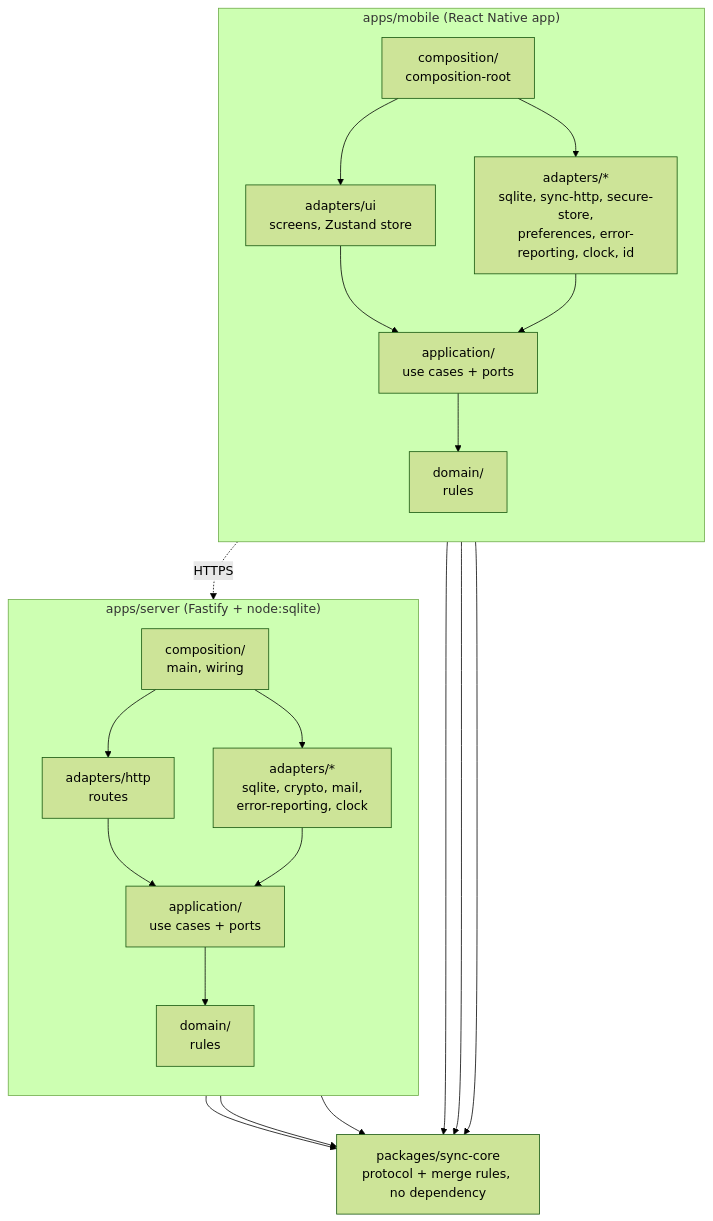
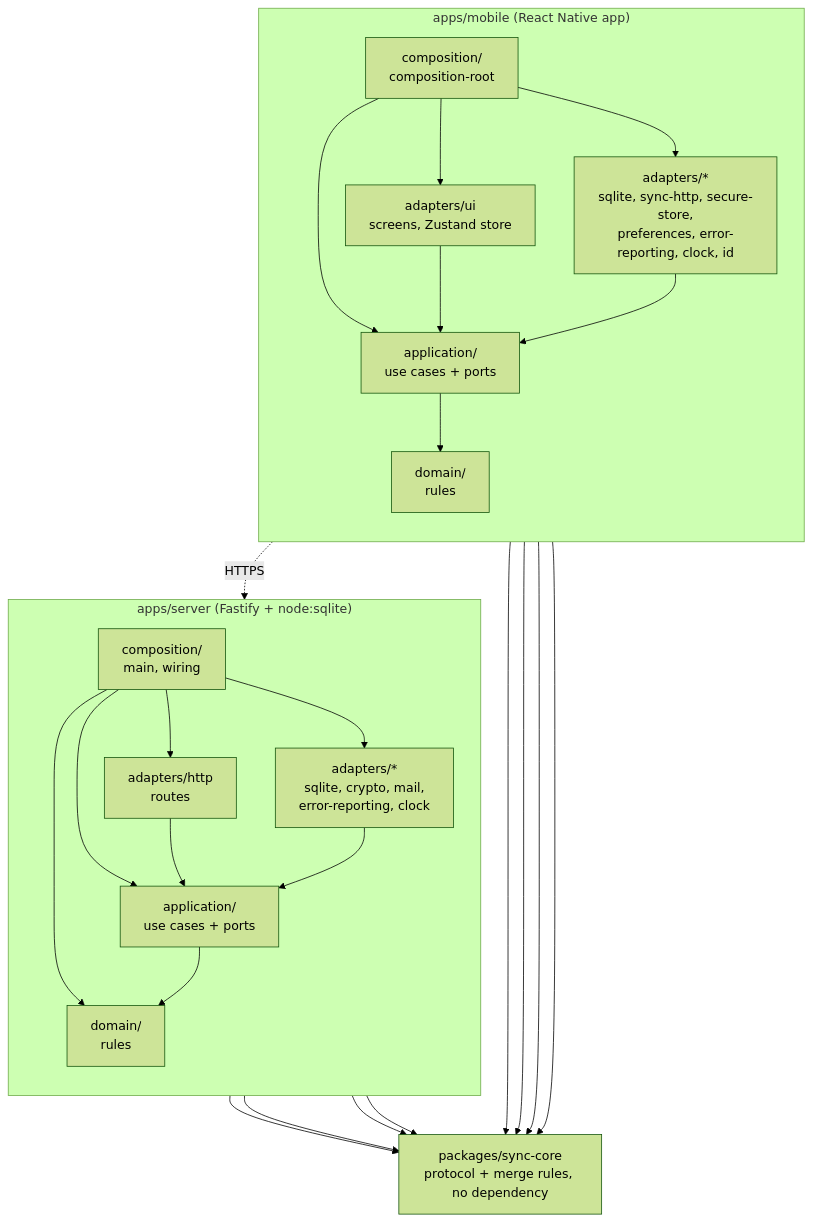
The diagram in docs/architecture.md (glimberger/mes-courses), drawn with Mermaid (forest theme) before and after one commit. The commit also changed other lines of this file, not shown here.

Commit message:
docs: add the missing import edges to the architecture diagram

````diff
--- a/docs/architecture.md
+++ b/docs/architecture.md
@@ -13,39 +13,44 @@
 ```mermaid
 flowchart TB
   subgraph mobile["apps/mobile (React Native app)"]
     direction TB
     mcomp["composition/<br/>composition-root"]
     mui["adapters/ui<br/>screens, Zustand store"]
     mout["adapters/*<br/>sqlite, sync-http, secure-store,<br/>preferences, error-reporting, clock, id"]
     mapp["application/<br/>use cases + ports"]
     mdom["domain/<br/>rules"]
     mcomp --> mui
     mcomp --> mout
+    mcomp --> mapp
     mui --> mapp
     mout --> mapp
     mapp --> mdom
   end
 
   subgraph server["apps/server (Fastify + node:sqlite)"]
     direction TB
     scomp["composition/<br/>main, wiring"]
     sin["adapters/http<br/>routes"]
     sout["adapters/*<br/>sqlite, crypto, mail,<br/>error-reporting, clock"]
     sapp["application/<br/>use cases + ports"]
     sdom["domain/<br/>rules"]
     scomp --> sin
     scomp --> sout
+    scomp --> sapp
+    scomp --> sdom
     sin --> sapp
     sout --> sapp
     sapp --> sdom
   end
 
   core["packages/sync-core<br/>protocol + merge rules, no dependency"]
   mdom --> core
   mapp --> core
+  mui --> core
   mout --> core
   sdom --> core
   sapp --> core
+  sin --> core
   sout --> core
   mout -. "HTTPS" .-> sin
 ```
````
